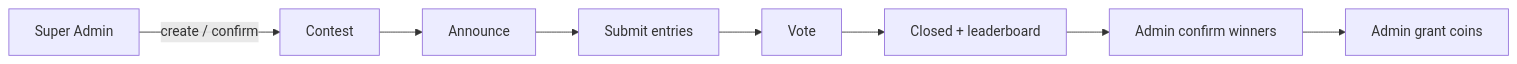
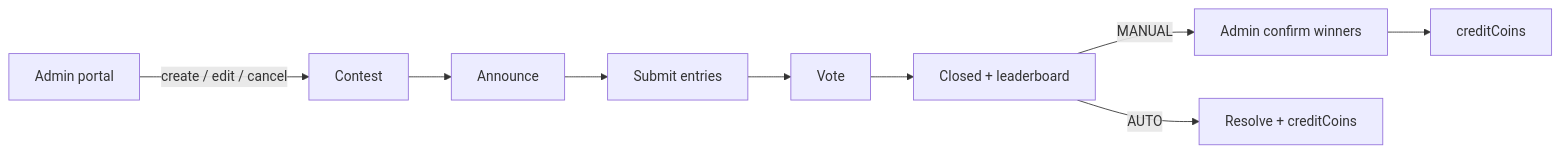
The diagram in docs/features/contests.md (shreytanna15-prog/audio-social-backend), drawn with Mermaid before and after one commit. The commit also changed other lines of this file and 21 other files, not shown here.

````diff
--- a/docs/features/contests.md
+++ b/docs/features/contests.md
@@ -30,10 +33,11 @@
 ```mermaid
 flowchart LR
-  admin[Super Admin] -->|create / confirm| contest[Contest]
+  admin[Admin portal] -->|create / edit / cancel| contest[Contest]
   contest --> announce[Announce]
   announce --> submit[Submit entries]
   submit --> vote[Vote]
   vote --> closed[Closed + leaderboard]
-  closed --> confirm[Admin confirm winners]
-  confirm --> coins[Admin grant coins]
+  closed -->|MANUAL| confirm[Admin confirm winners]
+  confirm --> coins[creditCoins]
+  closed -->|AUTO| auto[Resolve + creditCoins]
 ```
````
